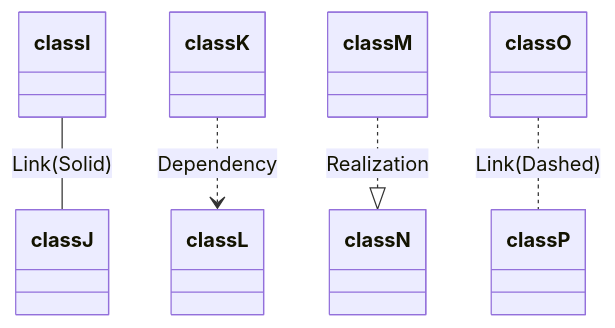
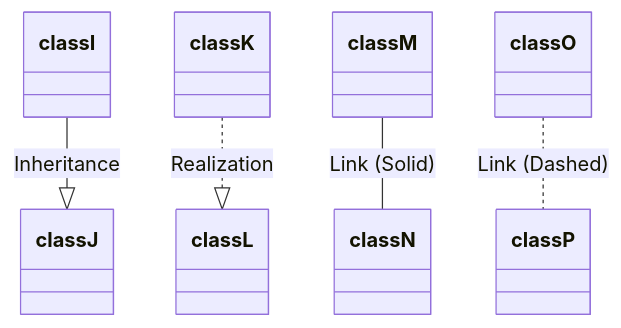
One commit to bingyangchen/KM-software changed the second of 2 diagrams in 程式語言理論/零碎筆記.md. Above: the diagram before and after it, drawn with Mermaid. The commit also changed other lines of this file and 32 other files, not shown here.

````diff
--- a/程式語言理論/零碎筆記.md
+++ b/程式語言理論/零碎筆記.md
@@ -106,7 +106,7 @@
 ```mermaid
 classDiagram
-classI -- classJ : Link(Solid)
-classK ..> classL : Dependency
-classM ..|> classN : Realization
-classO .. classP : Link(Dashed)
+    classI --|> classJ : Inheritance
+    classK ..|> classL : Realization
+    classM -- classN : Link (Solid)
+    classO .. classP : Link (Dashed)
 ```
````
